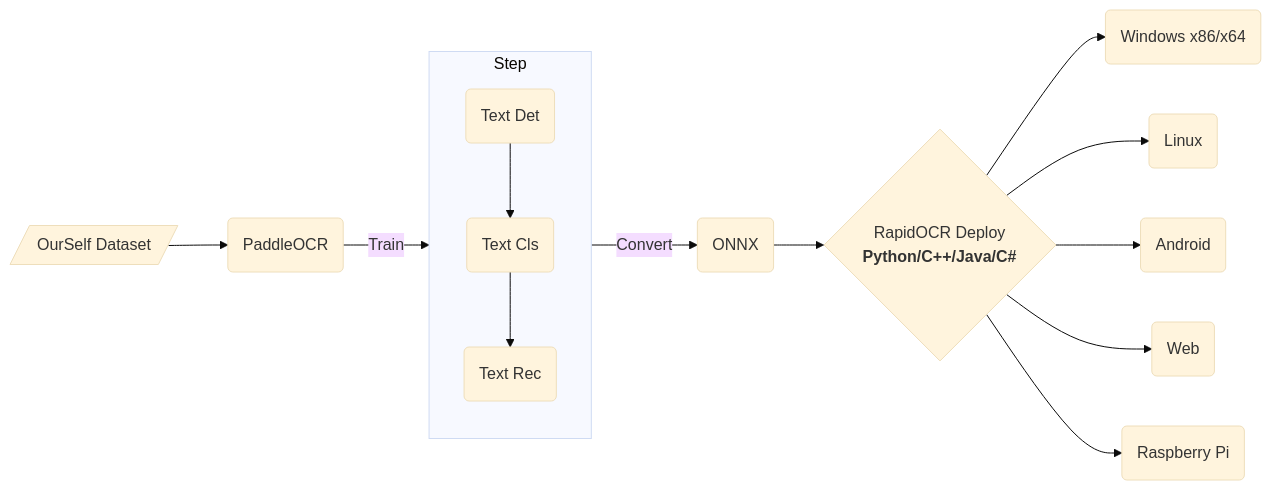
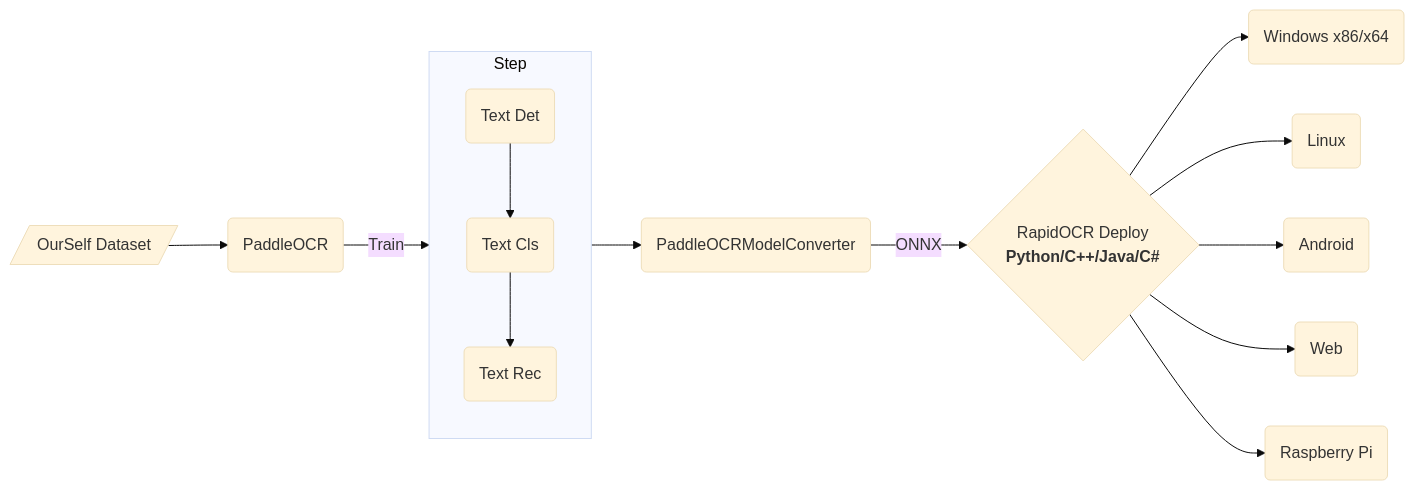
Before and after one commit to RapidAI/RapidOCR: the diagram in README.md, drawn with Mermaid (base theme). The commit also changed 1 other file, not shown here.

Commit message:
Update framework mermaid

````diff
--- a/README.md
+++ b/README.md
@@ -111,13 +111,14 @@
 ```mermaid
 flowchart LR
     subgraph Step
     direction TB
     C(Text Det) --> D(Text Cls) --> E(Text Rec)
     end
 
-    A[/OurSelf Dataset/] --> B(PaddleOCR) --Train--> Step --Convert--> F(ONNX)
-    F --> G{RapidOCR Deploy\n<b>Python/C++/Java/C#</b>}
+    A[/OurSelf Dataset/] --> B(PaddleOCR) --Train--> Step --> F(PaddleOCRModelConverter)
+    F --ONNX--> G{RapidOCR Deploy\n<b>Python/C++/Java/C#</b>}
     G --> H(Windows x86/x64) & I(Linux) & J(Android) & K(Web) & L(Raspberry Pi)
 
     click B "https://github.com/PaddlePaddle/PaddleOCR" _blank
+    click F "https://github.com/RapidAI/PaddleOCRModelConverter" _blank
 ```
````
